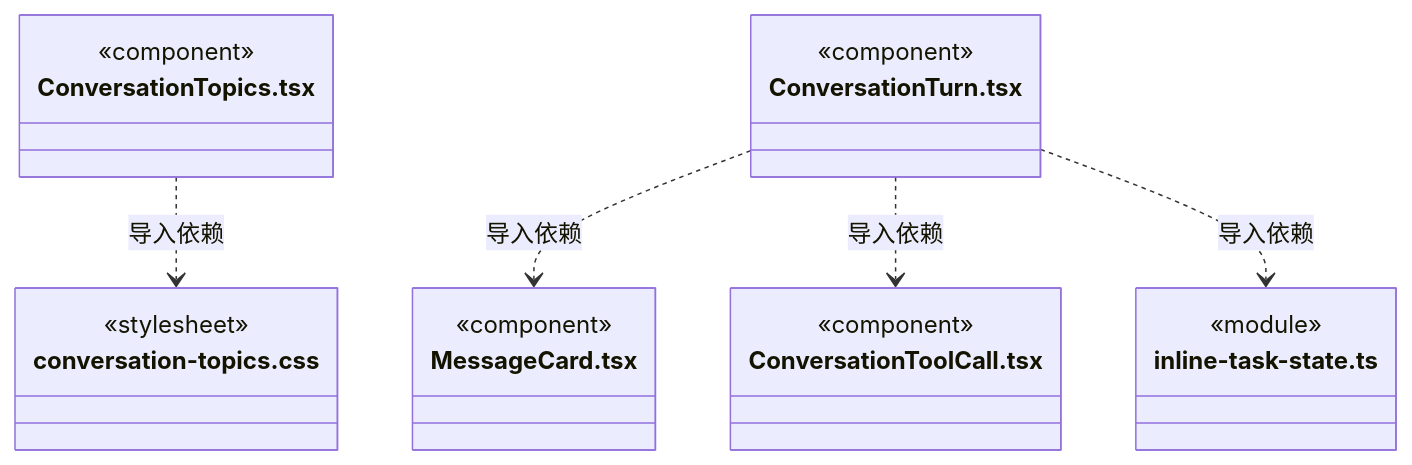
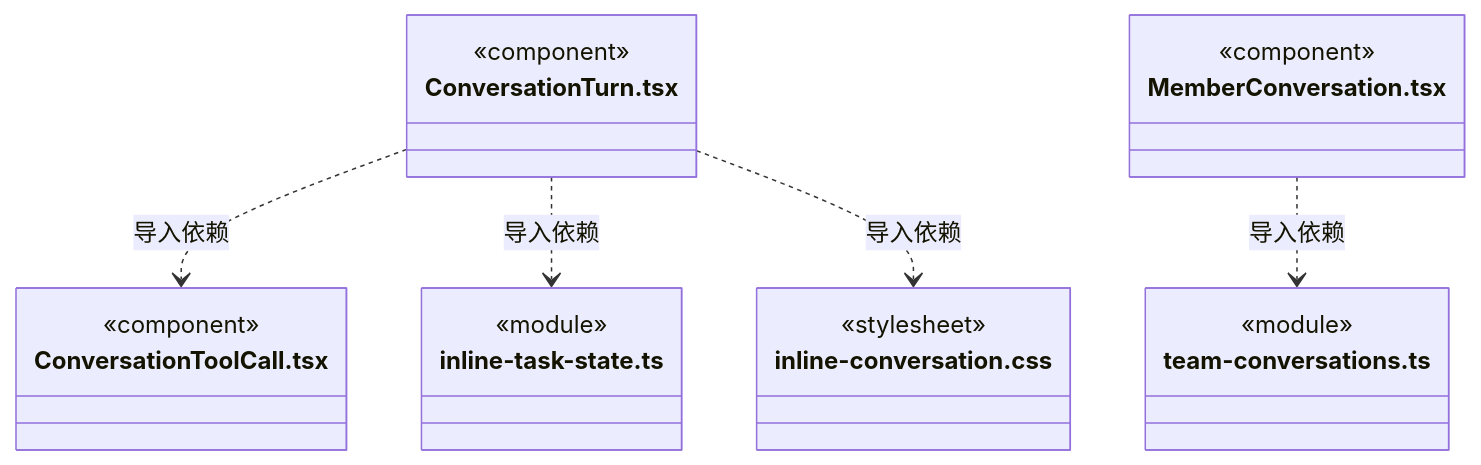
Diagram 46 of 50 in src/view/conversation/ARCHITECTURE.md (nan023062/cbim), drawn with Mermaid before and after one commit. The commit also changed other lines of this file and 24 other files, not shown here.

Commit message:
feat: navigate office child sessions and inspect member conversations

````diff
--- a/src/view/conversation/ARCHITECTURE.md
+++ b/src/view/conversation/ARCHITECTURE.md
@@ -643,25 +710,25 @@
 ```mermaid
 classDiagram
-class N_src_view_conversation_ConversationTopics_tsx["ConversationTopics.tsx"] {
-  <<component>>
-}
-class N_src_view_conversation_conversation_topics_css["conversation-topics.css"] {
-  <<stylesheet>>
-}
 class N_src_view_conversation_ConversationTurn_tsx["ConversationTurn.tsx"] {
-  <<component>>
-}
-class N_src_view_conversation_MessageCard_tsx["MessageCard.tsx"] {
   <<component>>
 }
 class N_src_view_conversation_ConversationToolCall_tsx["ConversationToolCall.tsx"] {
   <<component>>
 }
 class N_src_view_conversation_inline_task_state_ts["inline-task-state.ts"] {
   <<module>>
 }
-N_src_view_conversation_ConversationTopics_tsx ..> N_src_view_conversation_conversation_topics_css : 导入依赖
-N_src_view_conversation_ConversationTurn_tsx ..> N_src_view_conversation_MessageCard_tsx : 导入依赖
+class N_src_view_conversation_inline_conversation_css["inline-conversation.css"] {
+  <<stylesheet>>
+}
+class N_src_view_conversation_MemberConversation_tsx["MemberConversation.tsx"] {
+  <<component>>
+}
+class N_src_view_conversation_team_conversations_ts["team-conversations.ts"] {
+  <<module>>
+}
 N_src_view_conversation_ConversationTurn_tsx ..> N_src_view_conversation_ConversationToolCall_tsx : 导入依赖
 N_src_view_conversation_ConversationTurn_tsx ..> N_src_view_conversation_inline_task_state_ts : 导入依赖
+N_src_view_conversation_ConversationTurn_tsx ..> N_src_view_conversation_inline_conversation_css : 导入依赖
+N_src_view_conversation_MemberConversation_tsx ..> N_src_view_conversation_team_conversations_ts : 导入依赖
 ```
````
